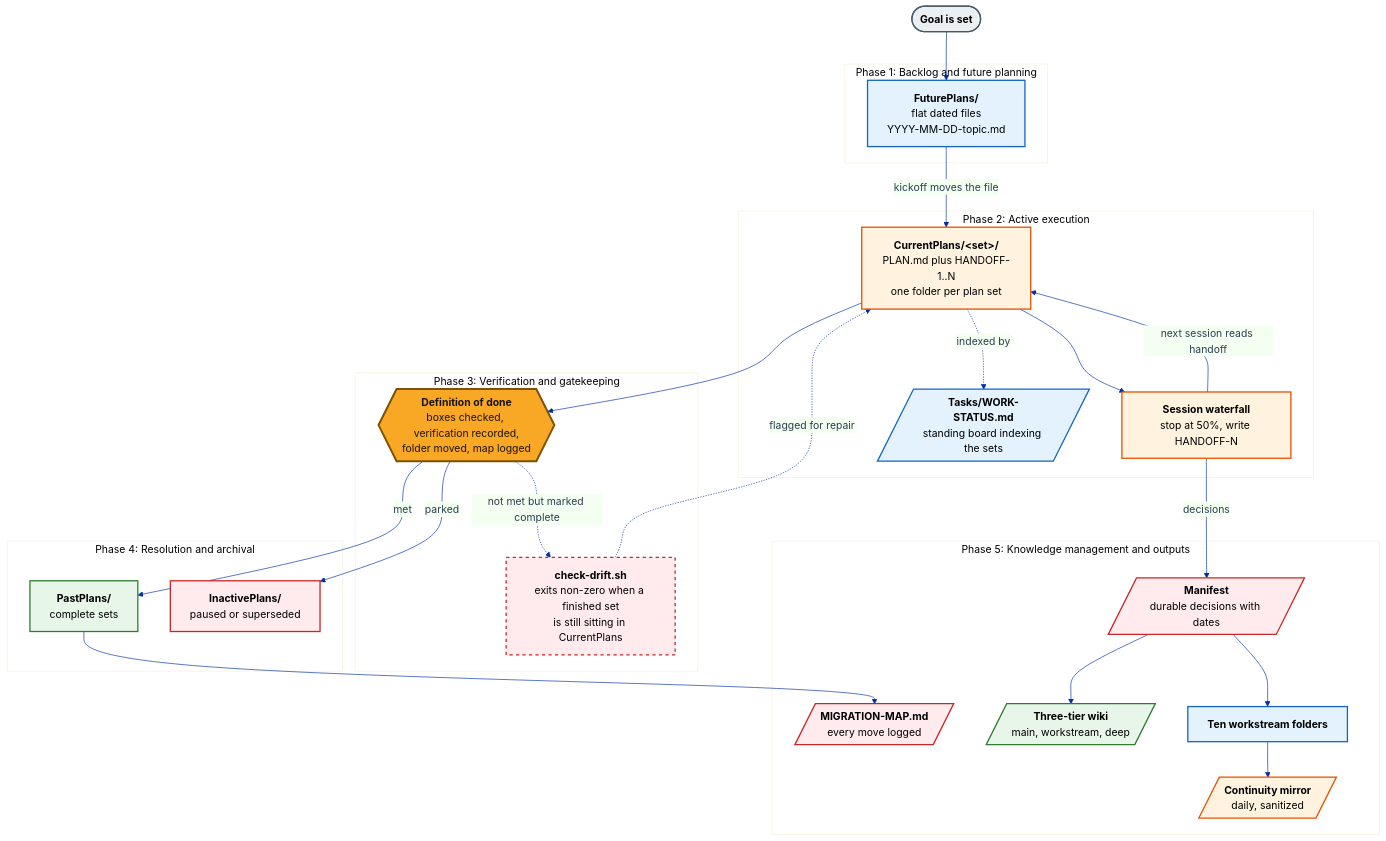
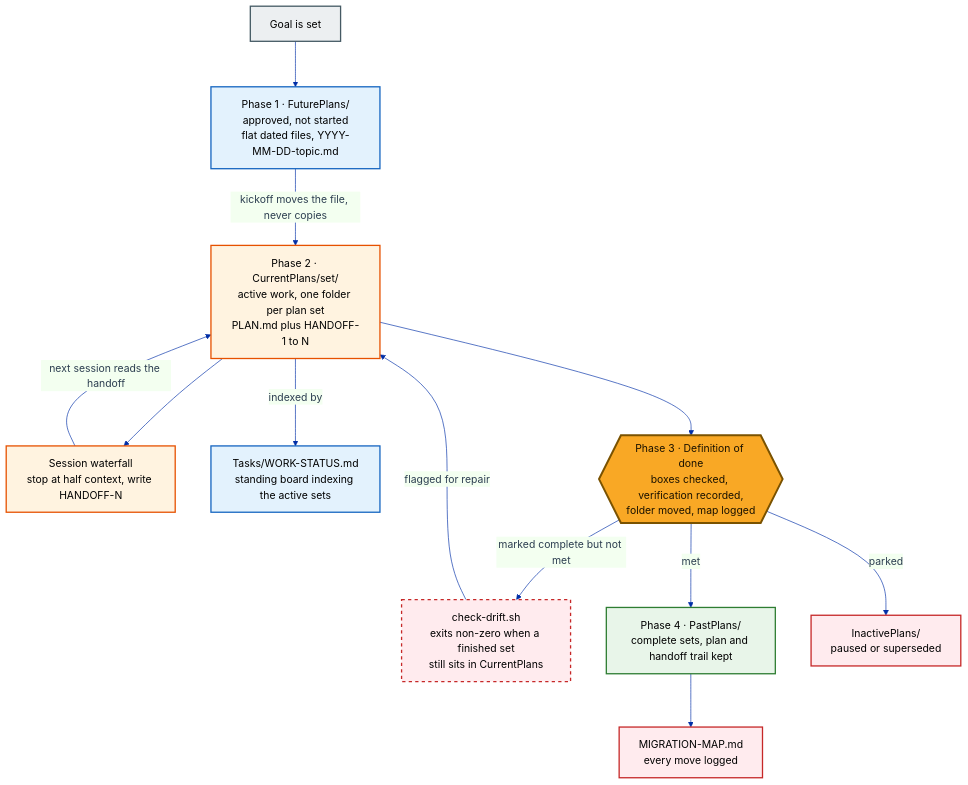
The diagram in diagrams/operating-loop.mmd (mmentzerhernandez/global_experience), drawn with Mermaid before and after one commit. The commit also changed 2 other files, not shown here.

Commit message:
fix: rebuild the plans lifecycle diagram, scope left-align to an allowlist
The phased-subgraph version overlapped its own subgraphs and detached labels from
their nodes. Rebuilt as a single vertical flow with phase names carried on the nodes
themselves, dropping the downstream artifacts already covered by the other diagrams
in this panel.

Root cause of the detached labels was the panel-wide left-align rule: Mermaid sizes
each label box to its widest line and centers it on the node, so forcing left
alignment can push text out or detach it when the label carries markup. Replaced the
exclusion list with an allowlist of the three diagrams verified to survive it.

Verified: 0 detached labels and 0 overlapping nodes across all six diagrams.

```diff
--- a/diagrams/operating-loop.mmd
+++ b/diagrams/operating-loop.mmd
@@ -1,89 +1,53 @@
 ---
 config:
   theme: base
   themeVariables:
     primaryColor: "#f0f3ff"
     primaryBorderColor: "#002fa7"
     primaryTextColor: "#2c3e50"
     lineColor: "#002fa7"
     fontFamily: "-apple-system,BlinkMacSystemFont,Segoe UI,Roboto,sans-serif"
+  flowchart:
+    nodeSpacing: 55
+    rankSpacing: 70
 ---
 flowchart TD
-    %% -- TIER 0: TRIGGER --
-    OWNER([<b>Goal is set</b>]):::people
+    OWNER["Goal is set"]:::people
 
-    %% -- TIER 1: INCEPTION --
-    subgraph PHASE1 ["Phase 1: Backlog and future planning"]
-        FUT["<b>FuturePlans/</b><br/>flat dated files<br/>YYYY-MM-DD-topic.md"]:::access
-    end
+    FUT["Phase 1 · FuturePlans/<br/>approved, not started<br/>flat dated files, YYYY-MM-DD-topic.md"]:::access
 
-    %% -- TIER 2: ACTIVE WORK --
-    subgraph PHASE2 ["Phase 2: Active execution"]
-        CUR["<b>CurrentPlans/&lt;set&gt;/</b><br/>PLAN.md plus HANDOFF-1..N<br/>one folder per plan set"]:::enforce
-        WATERFALL["<b>Session waterfall</b><br/>stop at 50%, write HANDOFF-N"]:::enforce
-        BOARD[/"<b>Tasks/WORK-STATUS.md</b><br/>standing board indexing the sets"/]:::access
-    end
+    CUR["Phase 2 · CurrentPlans/set/<br/>active work, one folder per plan set<br/>PLAN.md plus HANDOFF-1 to N"]:::enforce
 
-    %% -- TIER 3: QUALITY GATE --
-    subgraph PHASE3 ["Phase 3: Verification and gatekeeping"]
-        DOD{{"<b>Definition of done</b><br/>boxes checked, verification recorded,<br/>folder moved, map logged"}}:::gate
-        DRIFT["<b>check-drift.sh</b><br/>exits non-zero when a finished set<br/>is still sitting in CurrentPlans"]:::refuse
-    end
+    WATERFALL["Session waterfall<br/>stop at half context, write HANDOFF-N"]:::enforce
 
-    %% -- TIER 4: TERMINAL STATES --
-    subgraph PHASE4 ["Phase 4: Resolution and archival"]
-        PAST["<b>PastPlans/</b><br/>complete sets"]:::course
-        INACT["<b>InactivePlans/</b><br/>paused or superseded"]:::report
-    end
+    BOARD["Tasks/WORK-STATUS.md<br/>standing board indexing the active sets"]:::access
 
-    %% -- TIER 5: DOWNSTREAM ARTIFACTS --
-    subgraph PHASE5 ["Phase 5: Knowledge management and outputs"]
-        MAP[/"<b>MIGRATION-MAP.md</b><br/>every move logged"/]:::report
-        MANIFEST[/"<b>Manifest</b><br/>durable decisions with dates"/]:::report
-        WIKI[/"<b>Three-tier wiki</b><br/>main, workstream, deep"/]:::course
-        WORK["<b>Ten workstream folders</b>"]:::access
-        MIRROR[/"<b>Continuity mirror</b><br/>daily, sanitized"/]:::enforce
-    end
+    DOD{{"Phase 3 · Definition of done<br/>boxes checked, verification recorded,<br/>folder moved, map logged"}}:::gate
 
-    %% =======================
-    %% LIFECYCLE ROUTING
-    %% =======================
+    DRIFT["check-drift.sh<br/>exits non-zero when a finished set<br/>still sits in CurrentPlans"]:::refuse
 
-    %% Initiation
+    PAST["Phase 4 · PastPlans/<br/>complete sets, plan and handoff trail kept"]:::course
+
+    INACT["InactivePlans/<br/>paused or superseded"]:::report
+
+    MAP["MIGRATION-MAP.md<br/>every move logged"]:::report
+
     OWNER --> FUT
-    FUT -->|"kickoff moves the file"| CUR
-
-    %% Active work loop
+    FUT -->|"kickoff moves the file, never copies"| CUR
     CUR --> WATERFALL
-    WATERFALL -->|"next session reads handoff"| CUR
-    CUR -.->|"indexed by"| BOARD
-
-    %% Moving to verification
+    WATERFALL -->|"next session reads the handoff"| CUR
+    CUR -->|"indexed by"| BOARD
     CUR --> DOD
-
-    %% Validation and repair loop
-    DOD -.->|"not met but marked complete"| DRIFT
-    DRIFT -.->|"flagged for repair"| CUR
-
-    %% Resolution states
     DOD -->|"met"| PAST
     DOD -->|"parked"| INACT
-
-    %% Downstream artifacts
+    DOD -->|"marked complete but not met"| DRIFT
+    DRIFT -->|"flagged for repair"| CUR
     PAST --> MAP
 
-    WATERFALL -->|"decisions"| MANIFEST
-    MANIFEST --> WIKI
-    MANIFEST --> WORK
-    WORK --> MIRROR
-
-    %% =======================
-    %% STYLING CLASSES
-    %% =======================
     classDef people fill:#ECEFF1,stroke:#455A64,color:#000000,stroke-width:2px
     classDef access fill:#E3F2FD,stroke:#1565C0,color:#000000,stroke-width:2px
     classDef course fill:#E8F5E9,stroke:#2E7D32,color:#000000,stroke-width:2px
     classDef enforce fill:#FFF3E0,stroke:#E65100,color:#000000,stroke-width:2px
     classDef report fill:#FFEBEE,stroke:#C62828,color:#000000,stroke-width:2px
     classDef refuse fill:#FFEBEE,stroke:#C62828,color:#000000,stroke-width:2px,stroke-dasharray: 5 5
     classDef gate fill:#F9A825,stroke:#7A5200,color:#1A1200,stroke-width:3px
```
